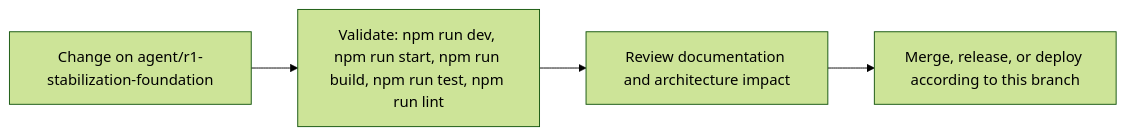
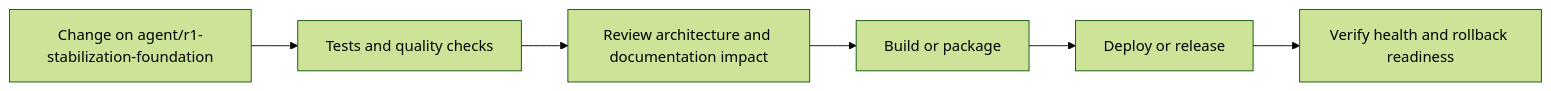
Before and after one commit to Nischhalsubba/BindForge-NW: the fourth of 5 diagrams in README.md, drawn with Mermaid (forest theme). The commit also changed other lines of this file, not shown here.

````diff
--- a/README.md
+++ b/README.md
@@ -79,8 +158,8 @@
 ```mermaid
 flowchart LR
-    CHANGE["Change on agent/r1-stabilization-foundation"]
-    CHECK["Validate: npm run dev, npm run start, npm run build, npm run test, npm run lint"]
-    REVIEW["Review documentation and architecture impact"]
-    RELEASE["Merge, release, or deploy according to this branch"]
-    CHANGE --> CHECK --> REVIEW --> RELEASE
+    CHANGE["Change on agent/r1-stabilization-foundation"] --> CHECK["Tests and quality checks"]
+    CHECK --> REVIEW["Review architecture and documentation impact"]
+    REVIEW --> BUILD["Build or package"]
+    BUILD --> DEPLOY["Deploy or release"]
+    DEPLOY --> VERIFY["Verify health and rollback readiness"]
 ```
````
